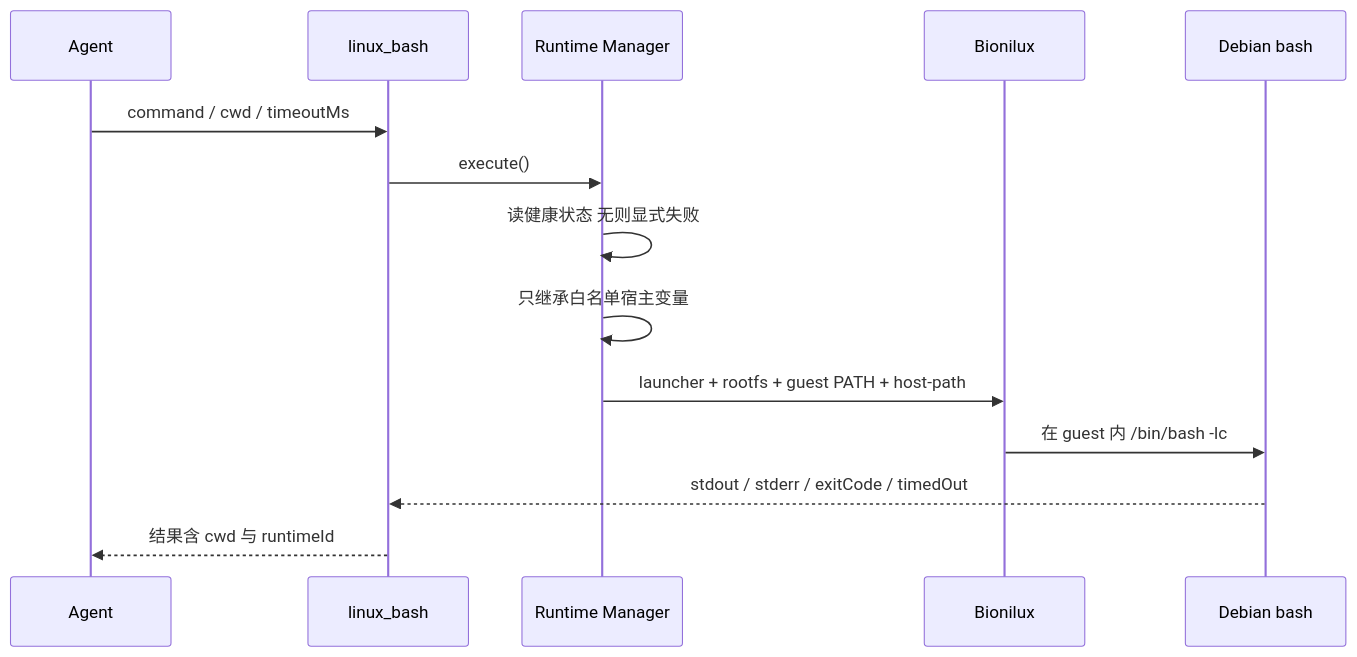
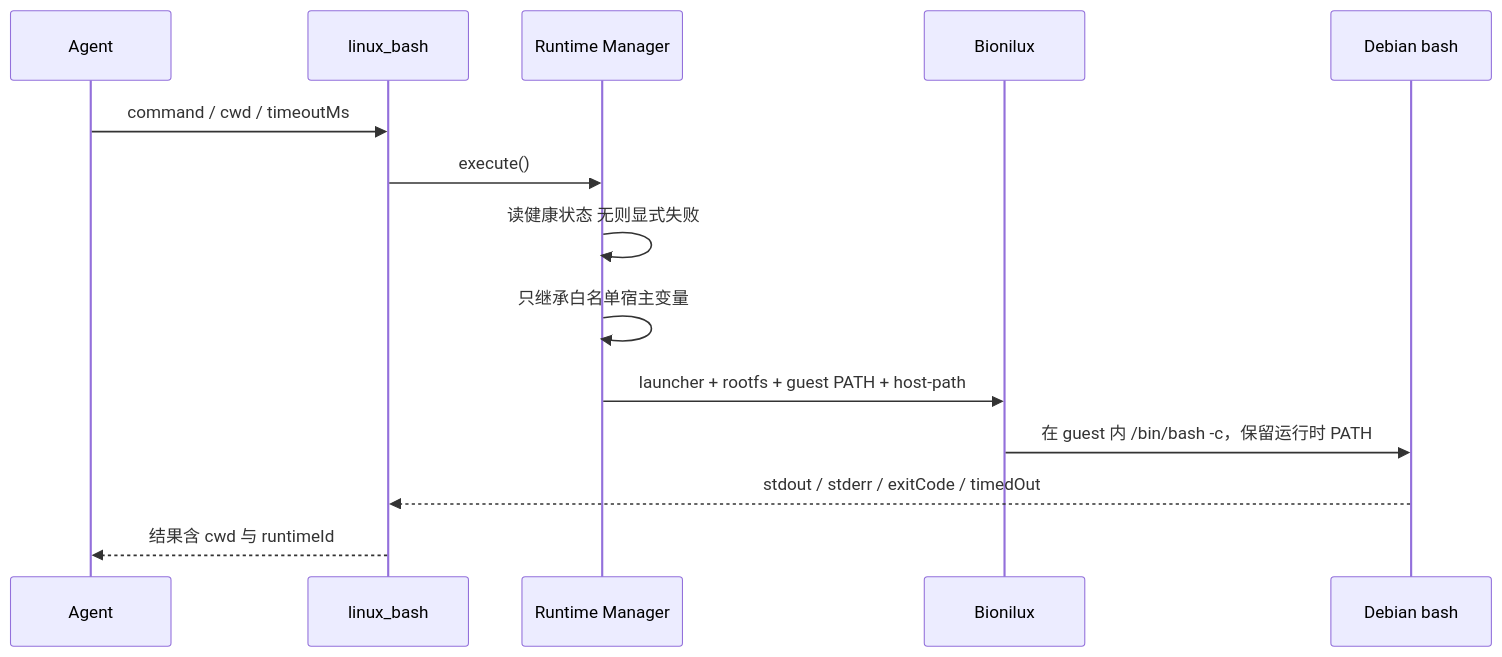
Before and after one commit to kelai141/dsh-bionilux: the fourth of 5 diagrams in docs/PLUGINS.md, drawn with Mermaid. The commit also changed 29 other files, not shown here.

````diff
--- a/docs/PLUGINS.md
+++ b/docs/PLUGINS.md
@@ -101,16 +101,16 @@
 ```mermaid
 sequenceDiagram
     participant Ag as Agent
     participant T as linux_bash
     participant M as Runtime Manager
     participant B as Bionilux
     participant D as Debian bash
     Ag->>T: command / cwd / timeoutMs
     T->>M: execute()
     M->>M: 读健康状态 无则显式失败
     M->>M: 只继承白名单宿主变量
     M->>B: launcher + rootfs + guest PATH + host-path
-    B->>D: 在 guest 内 /bin/bash -lc
+    B->>D: 在 guest 内 /bin/bash -c，保留运行时 PATH
     D-->>T: stdout / stderr / exitCode / timedOut
     T-->>Ag: 结果含 cwd 与 runtimeId
 ```
````
